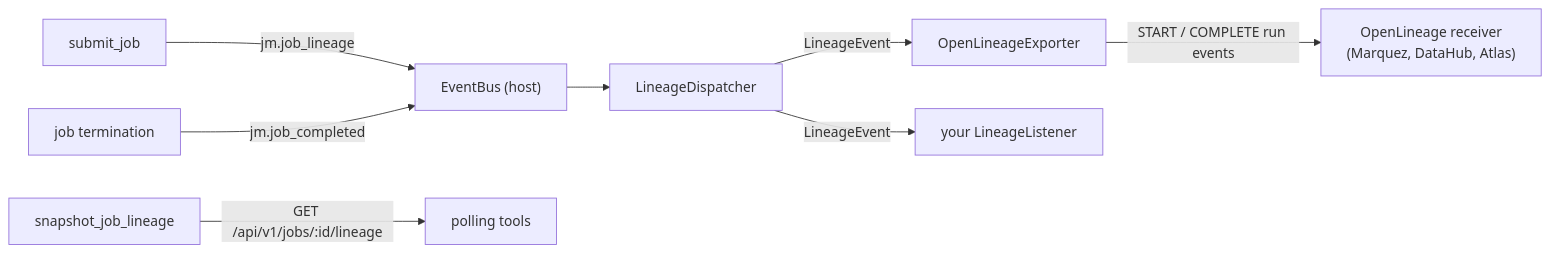
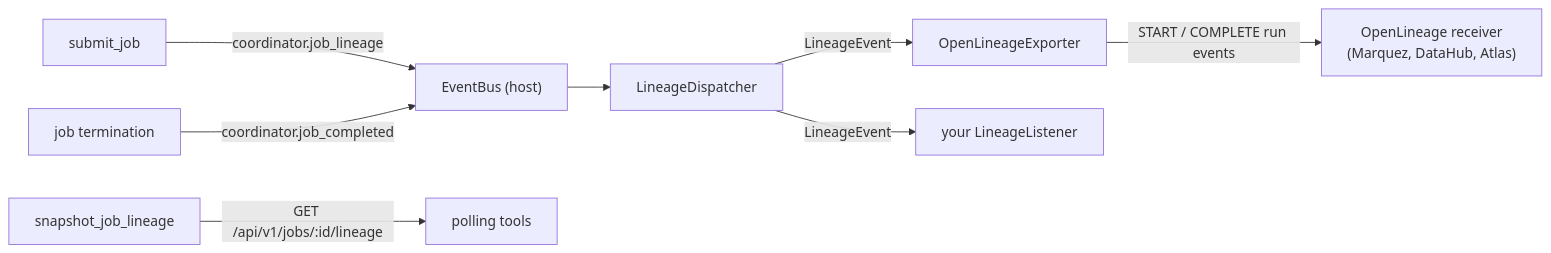
Before and after one commit to orhaugh/clink: the diagram in docs/internals/data-lineage.md, drawn with Mermaid. The commit also changed other lines of this file and 310 other files, not shown here.

First line of the commit message:
refactor: settle public naming - Coordinator/Worker roles, Pipeline API entry

````diff
--- a/docs/internals/data-lineage.md
+++ b/docs/internals/data-lineage.md
@@ -141,10 +141,10 @@
 ```mermaid
 flowchart LR
-  submit["submit_job"] -->|"jm.job_lineage"| bus["EventBus (host)"]
-  done["job termination"] -->|"jm.job_completed"| bus
+  submit["submit_job"] -->|"coordinator.job_lineage"| bus["EventBus (host)"]
+  done["job termination"] -->|"coordinator.job_completed"| bus
   bus --> disp["LineageDispatcher"]
   disp -->|"LineageEvent"| ol["OpenLineageExporter"]
   disp -->|"LineageEvent"| custom["your LineageListener"]
   ol -->|"START / COMPLETE run events"| ext["OpenLineage receiver<br/>(Marquez, DataHub, Atlas)"]
-  jm["snapshot_job_lineage"] -->|"GET /api/v1/jobs/:id/lineage"| poll["polling tools"]
+  coordinator["snapshot_job_lineage"] -->|"GET /api/v1/jobs/:id/lineage"| poll["polling tools"]
 ```
````
